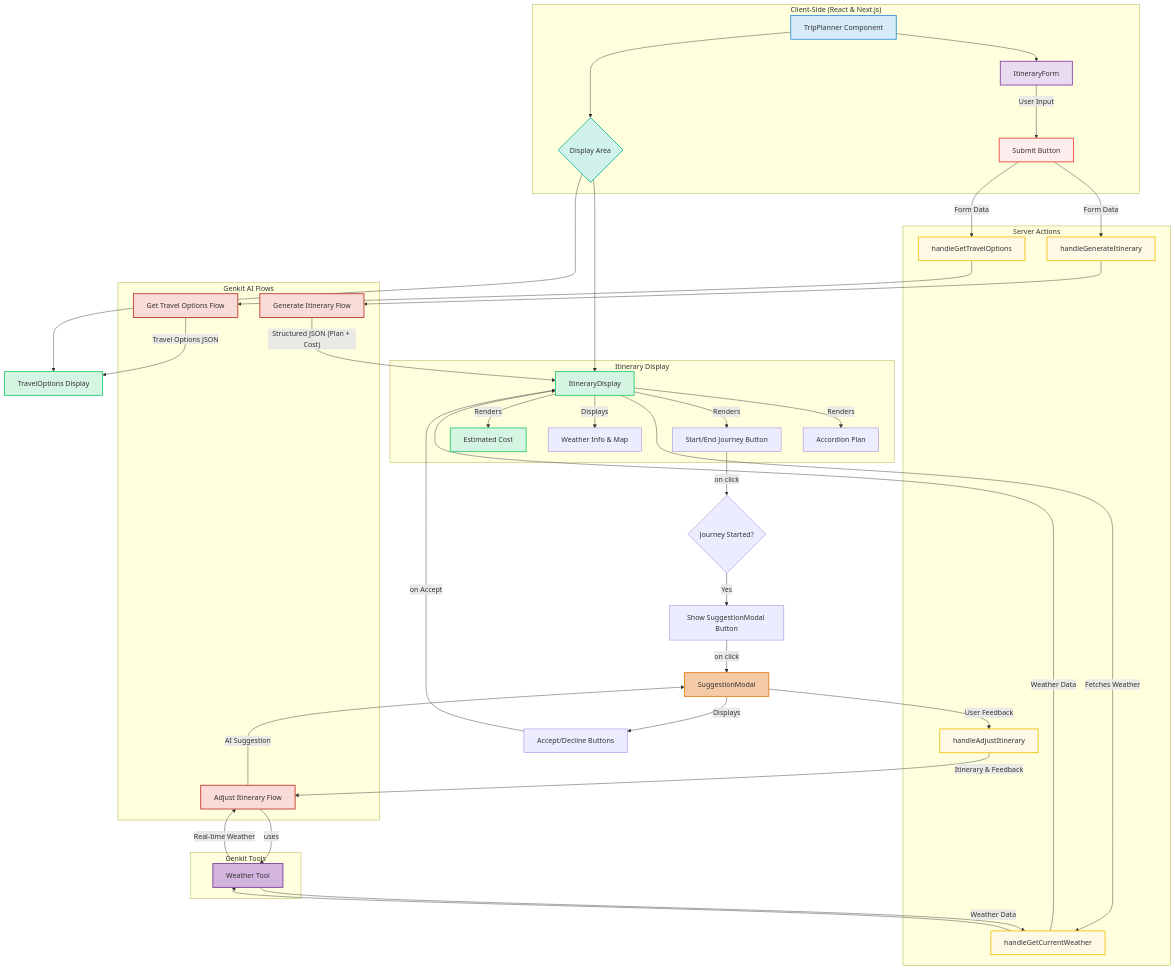
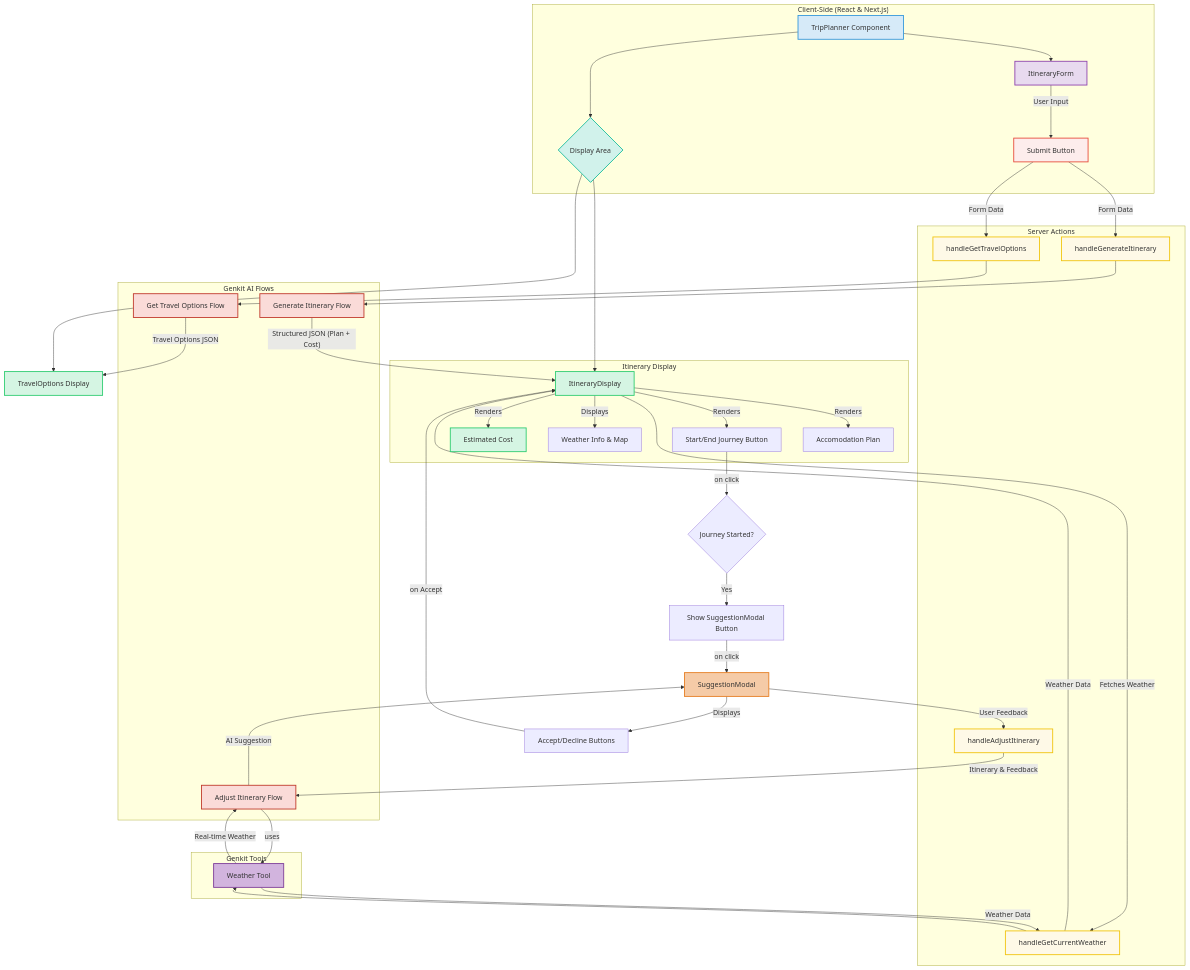
The diagram in FLOWCHART.md (samy1406/WanderGenie), drawn with Mermaid before and after one commit.

````diff
--- a/FLOWCHART.md
+++ b/FLOWCHART.md
@@ -5,82 +5,82 @@
 ```mermaid
 graph TD
     subgraph "Client-Side (React & Next.js)"
         A[TripPlanner Component] --> B[ItineraryForm];
         A --> C{Display Area};
         B -- User Input --> D[Submit Button];
     end
 
     subgraph "Server Actions"
         E[handleGenerateItinerary];
         F[handleGetTravelOptions];
         G[handleAdjustItinerary];
         H[handleGetCurrentWeather];
     end
 
     subgraph "Genkit AI Flows"
         I[Generate Itinerary Flow];
         J[Get Travel Options Flow];
         K[Adjust Itinerary Flow];
     end
     
     subgraph "Genkit Tools"
         L[Weather Tool];
     end
 
     D -- Form Data --> E;
     D -- Form Data --> F;
 
     E --> I;
     F --> J;
 
     I -- "Structured JSON (Plan + Cost)" --> M[ItineraryDisplay];
     J -- "Travel Options JSON" --> N[TravelOptions Display];
 
     subgraph "Itinerary Display"
-        M -- Renders --> O[Accordion Plan];
+        M -- Renders --> O[Accomodation Plan];
         M -- Renders --> P[Start/End Journey Button];
         M -- Fetches Weather --> H;
         H --> L;
         L -- "Weather Data" --> H;
         H -- "Weather Data" --> M;
         M -- Displays --> Q["Weather Info & Map"];
         M -- Renders --> V[Estimated Cost];
     end
 
     P -- on click --> R{Journey Started?};
     R -- Yes --> S[Show SuggestionModal Button];
 
     S -- on click --> T[SuggestionModal];
     T -- "User Feedback" --> G;
     G -- "Itinerary & Feedback" --> K;
     K -- uses --> L;
     L -- "Real-time Weather" --> K;
     K -- "AI Suggestion" --> T;
     
     T -- Displays --> U[Accept/Decline Buttons];
     U -- on Accept --> M;
 
 
     C --> M;
     C --> N;
 
     style A fill:#D6EAF8,stroke:#3498DB,stroke-width:2px
     style B fill:#E8DAEF,stroke:#8E44AD,stroke-width:2px
     style C fill:#D1F2EB,stroke:#1ABC9C,stroke-width:2px
     style D fill:#FDEDEC,stroke:#E74C3C,stroke-width:2px
 
     style E fill:#FEF9E7,stroke:#F1C40F,stroke-width:2px
     style F fill:#FEF9E7,stroke:#F1C40F,stroke-width:2px
     style G fill:#FEF9E7,stroke:#F1C40F,stroke-width:2px
     style H fill:#FEF9E7,stroke:#F1C40F,stroke-width:2px
 
     style I fill:#FADBD8,stroke:#C0392B,stroke-width:2px
     style J fill:#FADBD8,stroke:#C0392B,stroke-width:2px
     style K fill:#FADBD8,stroke:#C0392B,stroke-width:2px
     style L fill:#D2B4DE,stroke:#7D3C98,stroke-width:2px
     
     style M fill:#D5F5E3,stroke:#2ECC71,stroke-width:2px
     style N fill:#D5F5E3,stroke:#2ECC71,stroke-width:2px
     style T fill:#F5CBA7,stroke:#E67E22,stroke-width:2px
     style V fill:#D5F5E3,stroke:#2ECC71,stroke-width:2px
 ```
````
